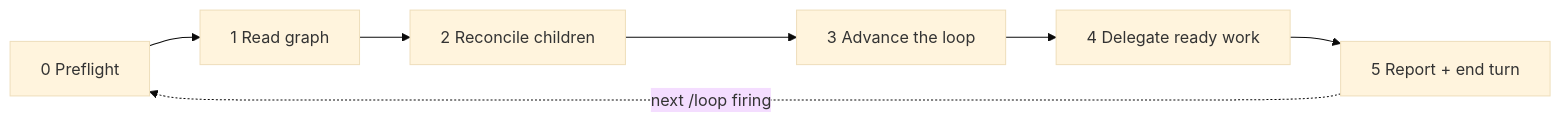
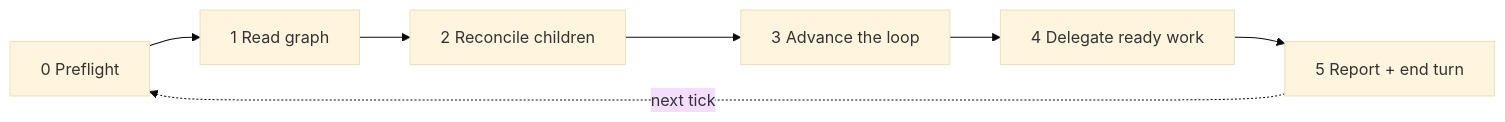
The diagram in skills/flow-manager/SKILL.md (ttoss/skills), drawn with Mermaid (base theme) before and after one commit. The commit also changed other lines of this file and 6 other files, not shown here.

````diff
--- a/skills/flow-manager/SKILL.md
+++ b/skills/flow-manager/SKILL.md
@@ -17,9 +17,9 @@
 ```mermaid
 flowchart LR
   A[0 Preflight] --> B[1 Read graph]
   B --> C[2 Reconcile children]
   C --> D[3 Advance the loop]
   D --> E[4 Delegate ready work]
   E --> F[5 Report + end turn]
-  F -. next /loop firing .-> A
+  F -. next tick .-> A
 ```
````
